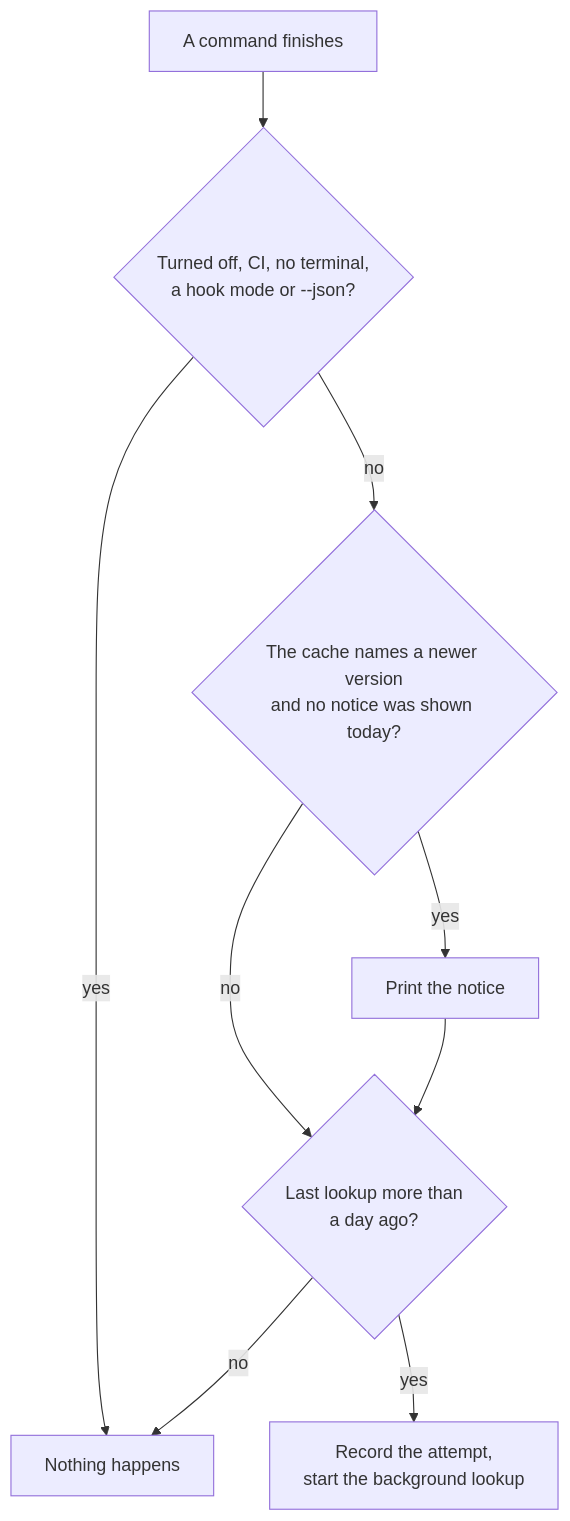
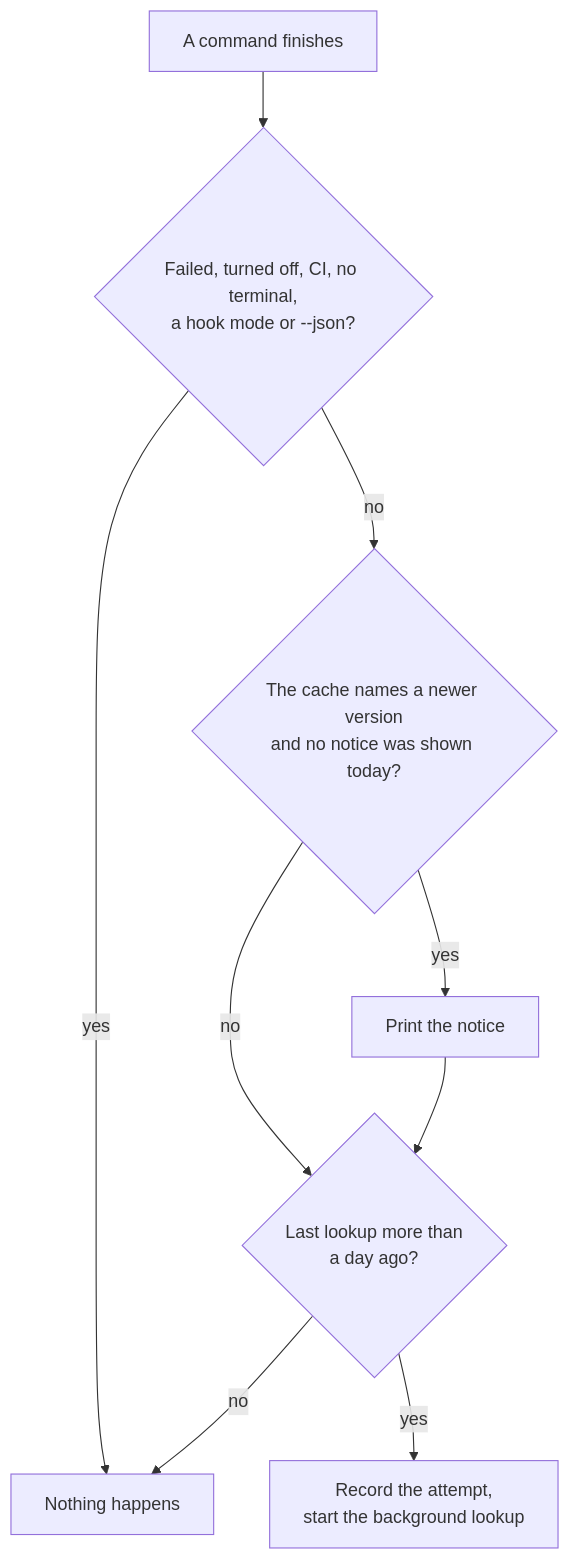
One commit to actual-software/actual-cli changed the diagram in docs/UPDATE_CHECK.md. Above: the diagram before and after it, drawn with Mermaid. The commit also changed other lines of this file and 3 other files, not shown here.

````diff
--- a/docs/UPDATE_CHECK.md
+++ b/docs/UPDATE_CHECK.md
@@ -28,11 +28,11 @@
 ```mermaid
 flowchart TD
-    A["A command finishes"] --> B{"Turned off, CI, no terminal,<br/>a hook mode or --json?"}
+    A["A command finishes"] --> B{"Failed, turned off, CI, no terminal,<br/>a hook mode or --json?"}
     B -- yes --> Z["Nothing happens"]
     B -- no --> C{"The cache names a newer version<br/>and no notice was shown today?"}
     C -- yes --> D["Print the notice"]
     C -- no --> E{"Last lookup more than<br/>a day ago?"}
     D --> E
     E -- yes --> F["Record the attempt,<br/>start the background lookup"]
     E -- no --> Z
 ```
````
